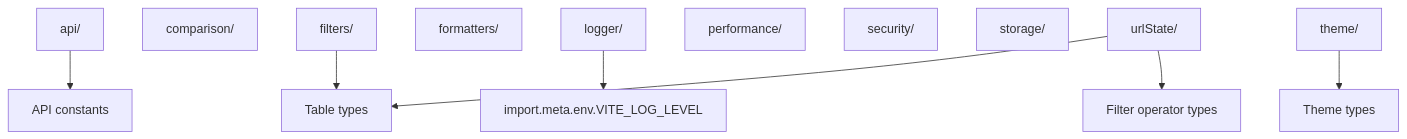
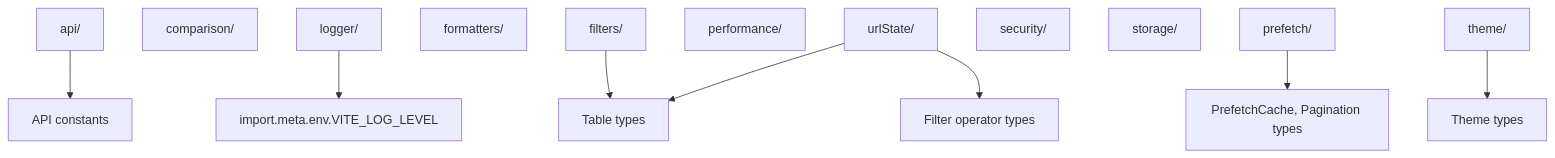
Before and after one commit to luciocabrera/lcabrera-stack: the diagram in src/utils/ARCHITECTURE.md, drawn with Mermaid. The commit also changed other lines of this file and 10 other files, not shown here.

````diff
--- a/src/utils/ARCHITECTURE.md
+++ b/src/utils/ARCHITECTURE.md
@@ -35,20 +37,22 @@
 ```mermaid
 graph TD
   API[api/]
   Comparison[comparison/]
   Filters[filters/]
   Formatters[formatters/]
   Logger[logger/]
   Performance[performance/]
+  Prefetch[prefetch/]
   Security[security/]
   Storage[storage/]
   Theme[theme/]
   URLState[urlState/]
 
   API --> Constants[API constants]
   Filters --> TableTypes[Table types]
   Logger --> EnvVars[import.meta.env.VITE_LOG_LEVEL]
+  Prefetch --> UITypes[PrefetchCache, Pagination types]
   URLState --> TableTypes
   URLState --> FilterTypes[Filter operator types]
   Theme --> ThemeTypes[Theme types]
 ```
````
